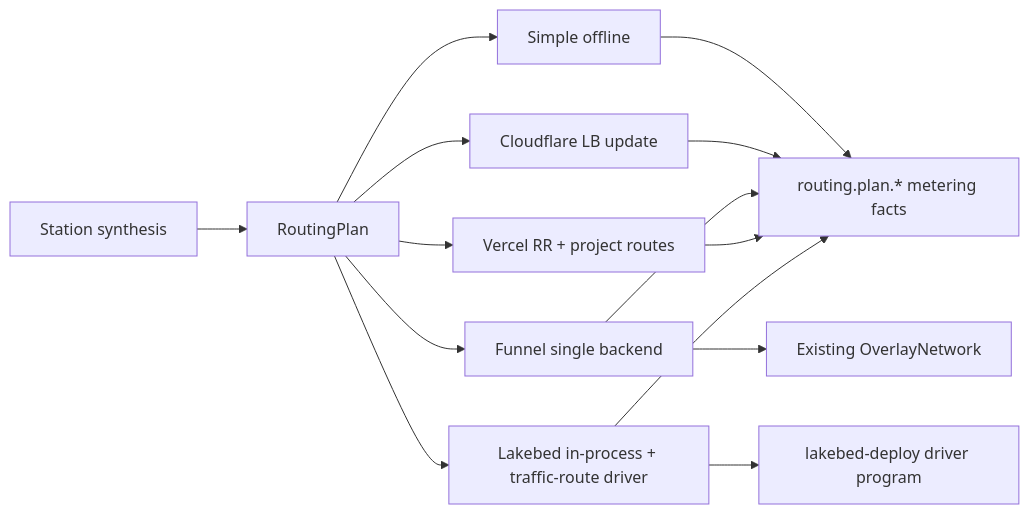
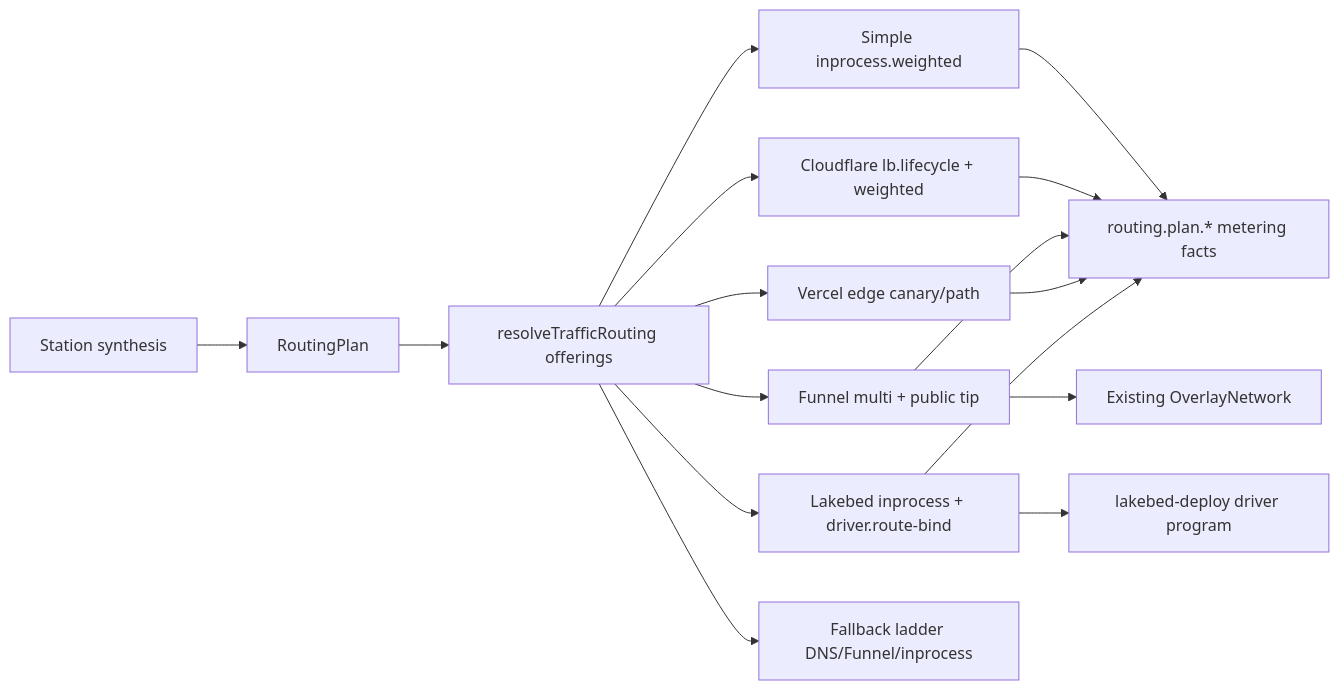
The fifth of 6 diagrams in packages/connectivity/ARCHITECTURE.md (Tyler-R-Kendrick/HoBo), drawn with Mermaid before and after one commit. The commit also changed other lines of this file and 12 other files, not shown here.

First line of the commit message:
feat(traffic-routing): offerings, fallbacks, lifecycle, multi-funnel

````diff
--- a/packages/connectivity/ARCHITECTURE.md
+++ b/packages/connectivity/ARCHITECTURE.md
@@ -135,16 +135,18 @@
 ```mermaid
 flowchart LR
   ST[Station synthesis] --> PLAN[RoutingPlan]
-  PLAN --> SIMPLE[Simple offline]
-  PLAN --> CF[Cloudflare LB update]
-  PLAN --> FUNNEL[Funnel single backend]
-  PLAN --> VERCEL[Vercel RR + project routes]
-  PLAN --> LAKEBED[Lakebed in-process + traffic-route driver]
+  PLAN --> RESOLVE[resolveTrafficRouting offerings]
+  RESOLVE --> SIMPLE[Simple inprocess.weighted]
+  RESOLVE --> CF[Cloudflare lb.lifecycle + weighted]
+  RESOLVE --> FUNNEL[Funnel multi + public tip]
+  RESOLVE --> VERCEL[Vercel edge canary/path]
+  RESOLVE --> LAKEBED[Lakebed inprocess + driver.route-bind]
+  RESOLVE --> FALLBACK[Fallback ladder DNS/Funnel/inprocess]
   SIMPLE --> FACTS[routing.plan.* metering facts]
   CF --> FACTS
   FUNNEL --> OV[Existing OverlayNetwork]
   FUNNEL --> FACTS
   VERCEL --> FACTS
   LAKEBED --> FACTS
   LAKEBED --> DRV[lakebed-deploy driver program]
 ```
````
